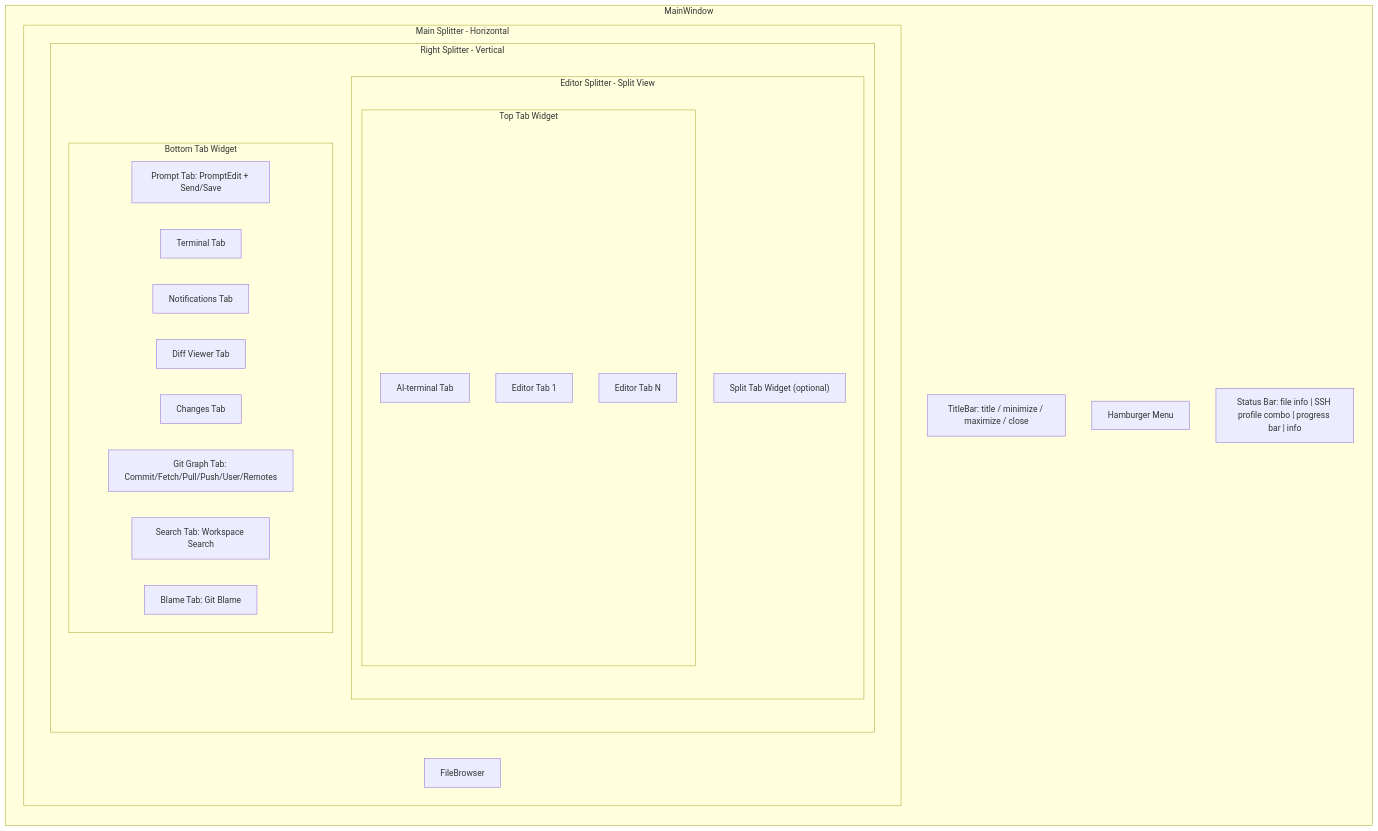
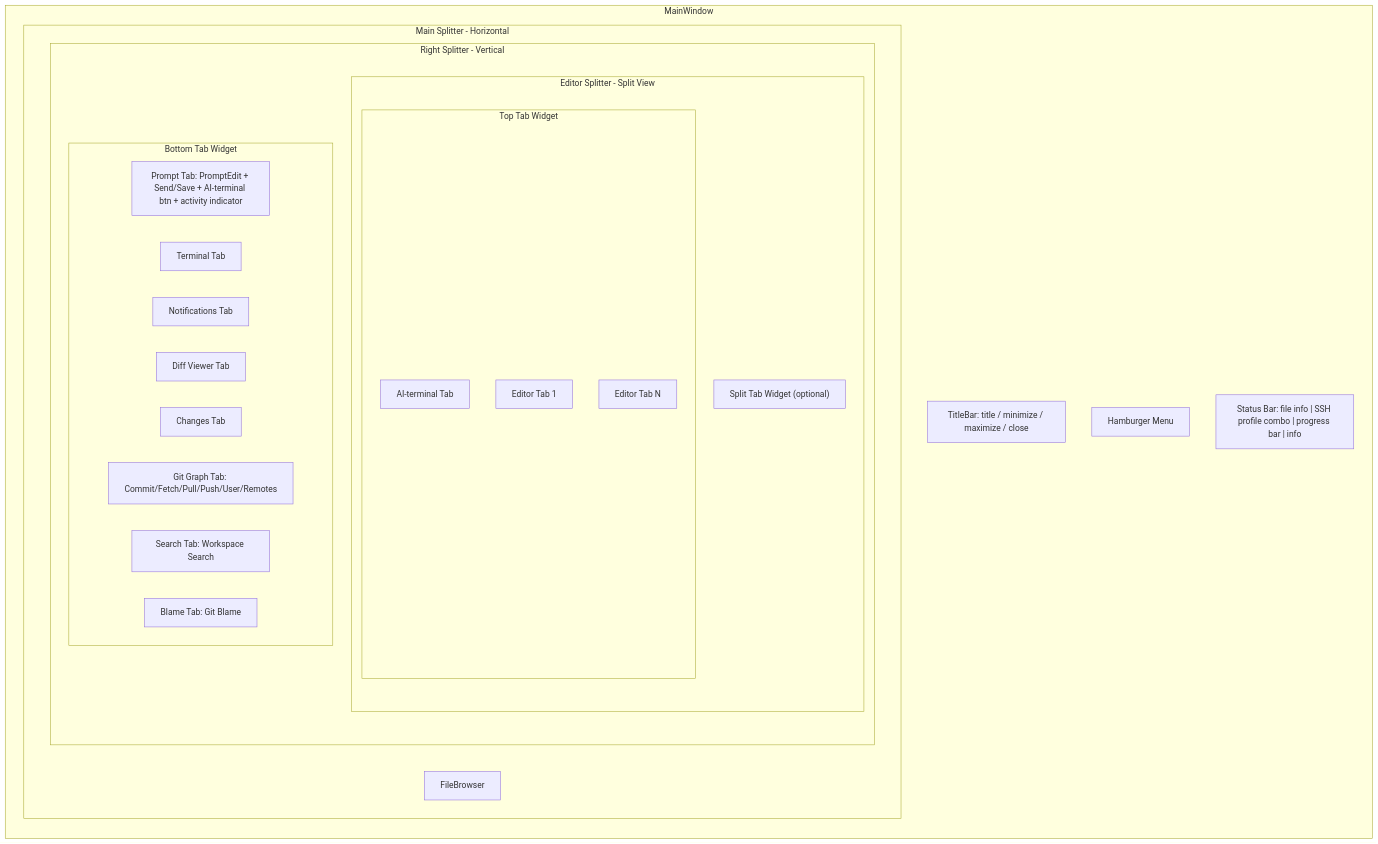
Before and after one commit to dkrse/vibe-coder: the first of 20 diagrams in docs/diagrams.md, drawn with Mermaid. The commit also changed other lines of this file and 13 other files, not shown here.

````diff
--- a/docs/diagrams.md
+++ b/docs/diagrams.md
@@ -5,37 +5,37 @@
 ```mermaid
 graph TB
     subgraph MainWindow
         direction TB
         TB["TitleBar: title / minimize / maximize / close"]
         HM[Hamburger Menu]
         SB["Status Bar: file info | SSH profile combo | progress bar | info"]
 
         subgraph MainSplitter[Main Splitter - Horizontal]
             direction LR
             FB[FileBrowser]
 
             subgraph RightSplitter[Right Splitter - Vertical]
                 direction TB
                 subgraph EditorSplitter[Editor Splitter - Split View]
                     subgraph TabWidget[Top Tab Widget]
                         T0[AI-terminal Tab]
                         T1[Editor Tab 1]
                         T2[Editor Tab N]
                     end
                     STW["Split Tab Widget (optional)"]
                 end
 
                 subgraph BottomTabWidget[Bottom Tab Widget]
-                    PT[Prompt Tab: PromptEdit + Send/Save]
+                    PT["Prompt Tab: PromptEdit + Send/Save + AI-terminal btn + activity indicator"]
                     BT[Terminal Tab]
                     NT[Notifications Tab]
                     DV[Diff Viewer Tab]
                     CM[Changes Tab]
                     GG[Git Graph Tab: Commit/Fetch/Pull/Push/User/Remotes]
                     WS[Search Tab: Workspace Search]
                     GB[Blame Tab: Git Blame]
                 end
             end
         end
     end
 ```
````
